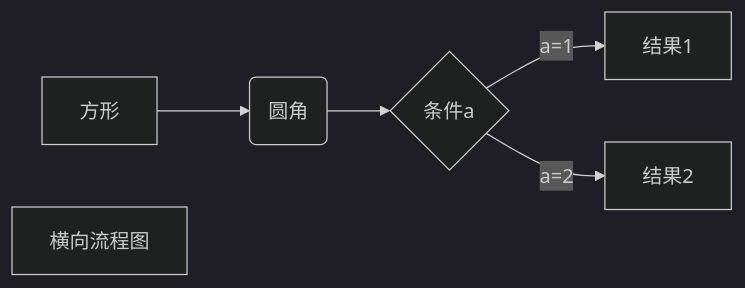
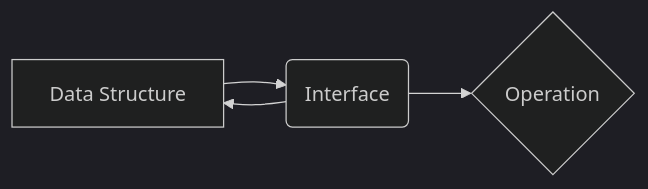
Before and after one commit to XingxinHE/Algorithms: the diagram in README.md, drawn with Mermaid (dark theme). The commit also changed other lines of this file, not shown here.

Commit message:
Mermaid Graph

````diff
--- a/README.md
+++ b/README.md
@@ -508,8 +486,6 @@
 ```mermaid
 graph LR
-A[方形] -->B(圆角)
-    B --> C{条件a}
-    C -->|a=1| D[结果1]
-    C -->|a=2| E[结果2]
-    F[横向流程图]
+A[Data Structure] --> B(Interface)
+B(Interface) --> A[Data Structure]
+    B --> C{Operation}
 ```
````
